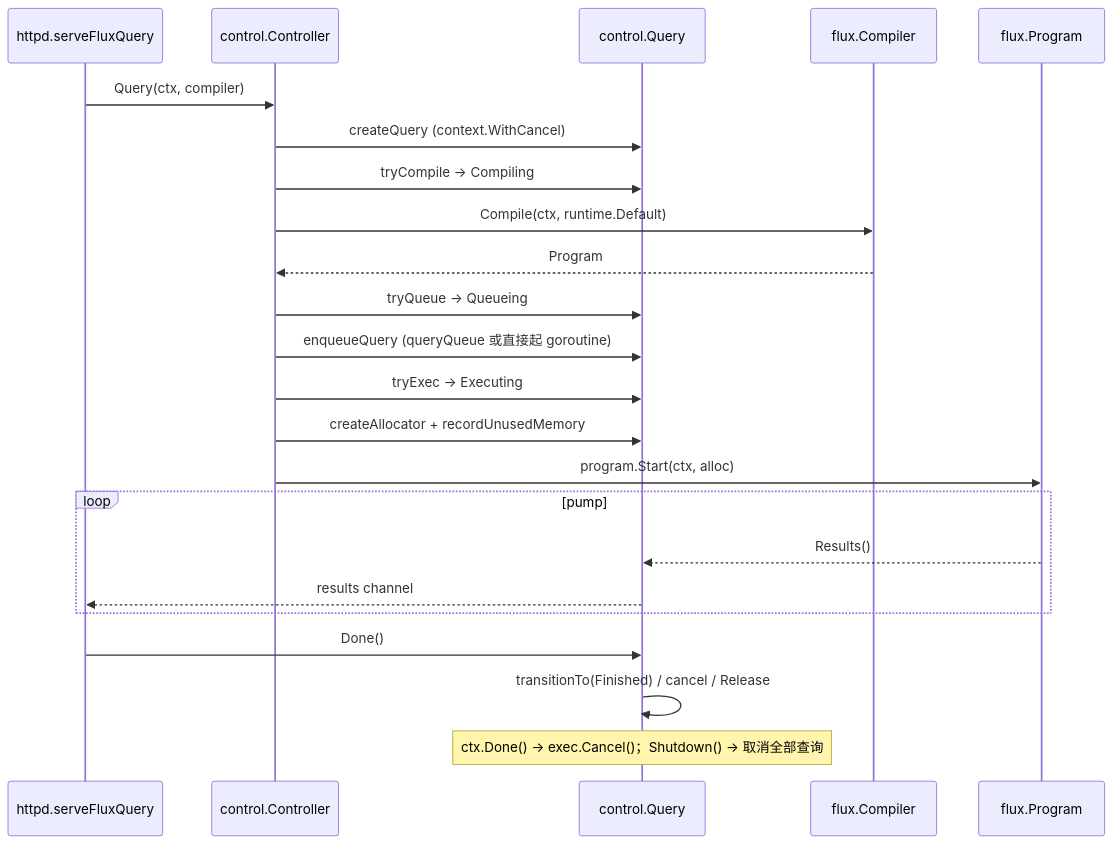
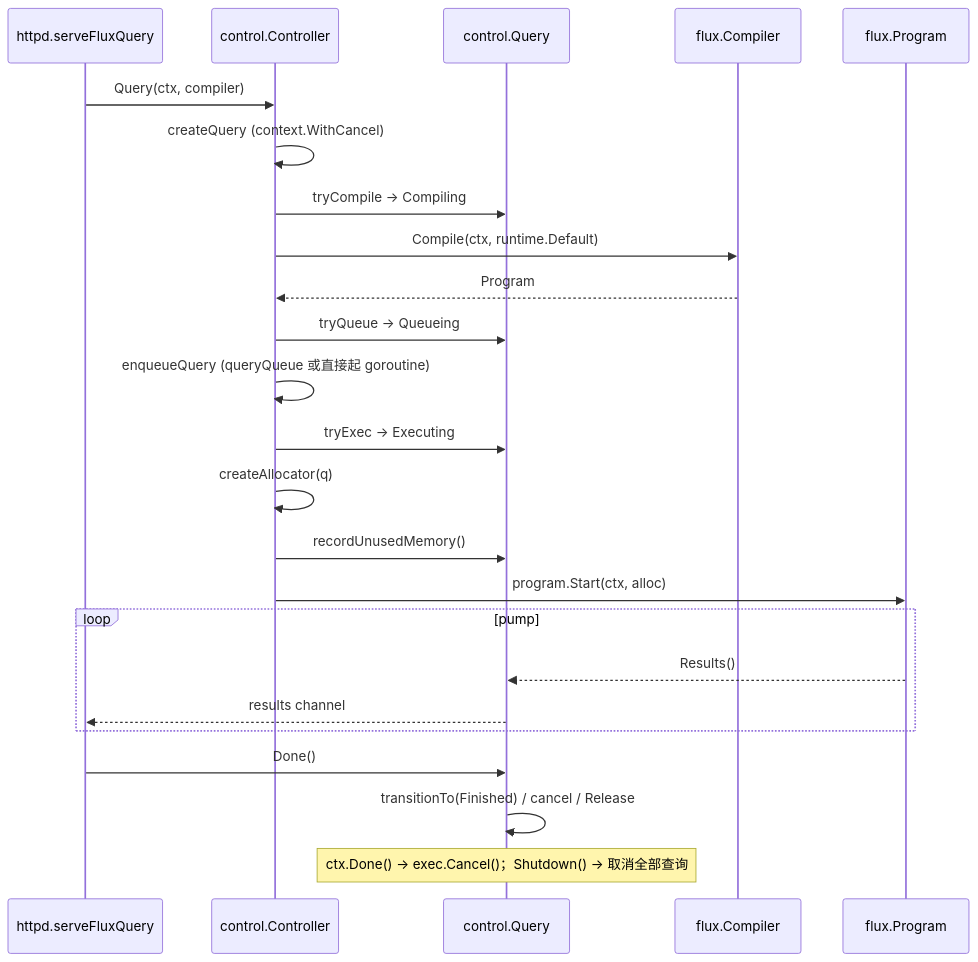
The second of 3 diagrams in docs/specs/v1.8.10-vs-v1.12.3/03_query_engine_diff.md (stefanv5/influxdb), drawn with Mermaid before and after one commit. The commit also changed other lines of this file and 12 other files, not shown here.

````diff
--- a/docs/specs/v1.8.10-vs-v1.12.3/03_query_engine_diff.md
+++ b/docs/specs/v1.8.10-vs-v1.12.3/03_query_engine_diff.md
@@ -134,26 +142,27 @@
 ```mermaid
 sequenceDiagram
     participant H as httpd.serveFluxQuery
     participant C as control.Controller
     participant Q as control.Query
     participant K as flux.Compiler
     participant P as flux.Program
 
     H->>C: Query(ctx, compiler)
-    C->>Q: createQuery (context.WithCancel)
+    C->>C: createQuery (context.WithCancel)
     C->>Q: tryCompile → Compiling
     C->>K: Compile(ctx, runtime.Default)
     K-->>C: Program
     C->>Q: tryQueue → Queueing
-    C->>Q: enqueueQuery (queryQueue 或直接起 goroutine)
+    C->>C: enqueueQuery (queryQueue 或直接起 goroutine)
     C->>Q: tryExec → Executing
-    C->>Q: createAllocator + recordUnusedMemory
+    C->>C: createAllocator(q)
+    C->>Q: recordUnusedMemory()
     C->>P: program.Start(ctx, alloc)
     loop pump
         P-->>Q: Results()
         Q-->>H: results channel
     end
     H->>Q: Done()
     Q->>Q: transitionTo(Finished) / cancel / Release
     Note over Q: ctx.Done() → exec.Cancel()；Shutdown() → 取消全部查询
 ```
````
